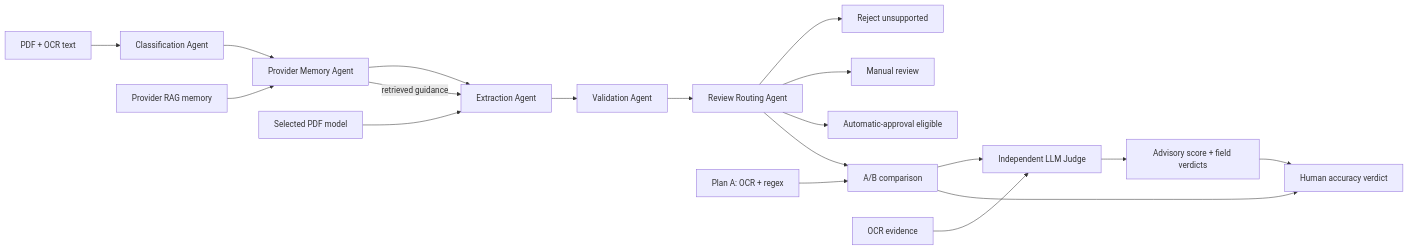
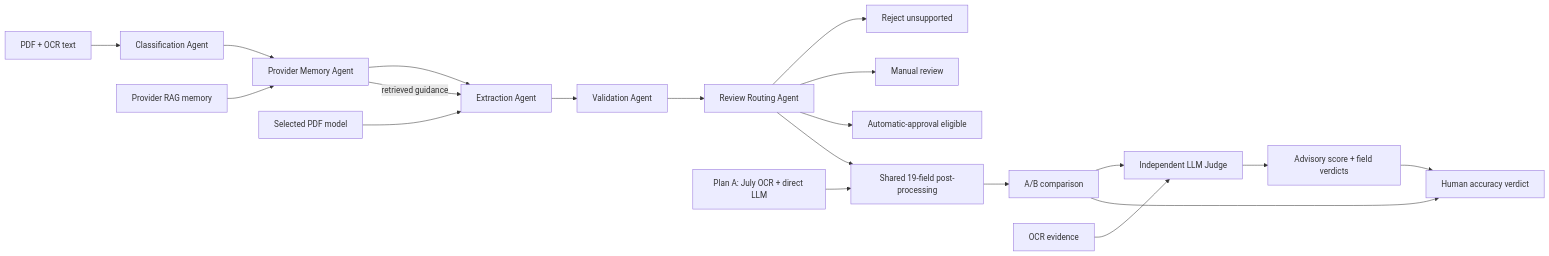
Before and after one commit to giselainge/AgenticAI_Sept: the diagram in A_B_test.md, drawn with Mermaid. The commit also changed other lines of this file and 2 other files, not shown here.

Commit message:
feat: Update A/B test documentation to clarify July OCR and direct LLM comparison

````diff
--- a/A_B_test.md
+++ b/A_B_test.md
@@ -7,24 +7,25 @@
 ```mermaid
 flowchart LR
     Input["PDF + OCR text"] --> A1["Classification Agent"]
     A1 --> A2["Provider Memory Agent"]
     A2 --> A3["Extraction Agent"]
     A3 --> A4["Validation Agent"]
     A4 --> A5["Review Routing Agent"]
 
     KB["Provider RAG memory"] --> A2
     A2 -->|"retrieved guidance"| A3
     Model["Selected PDF model"] --> A3
 
     A5 --> Reject["Reject unsupported"]
     A5 --> Human["Manual review"]
     A5 --> Auto["Automatic-approval eligible"]
 
-    Baseline["Plan A: OCR + regex"] --> Compare["A/B comparison"]
-    A5 --> Compare
+    July["Plan A: July OCR + direct LLM"] --> Normalize["Shared 19-field post-processing"]
+    A5 --> Normalize
+    Normalize --> Compare["A/B comparison"]
     OCR["OCR evidence"] --> Judge["Independent LLM Judge"]
     Compare --> Judge
     Judge --> Advisory["Advisory score + field verdicts"]
     Compare --> Verdict["Human accuracy verdict"]
     Advisory --> Verdict
 ```
````
